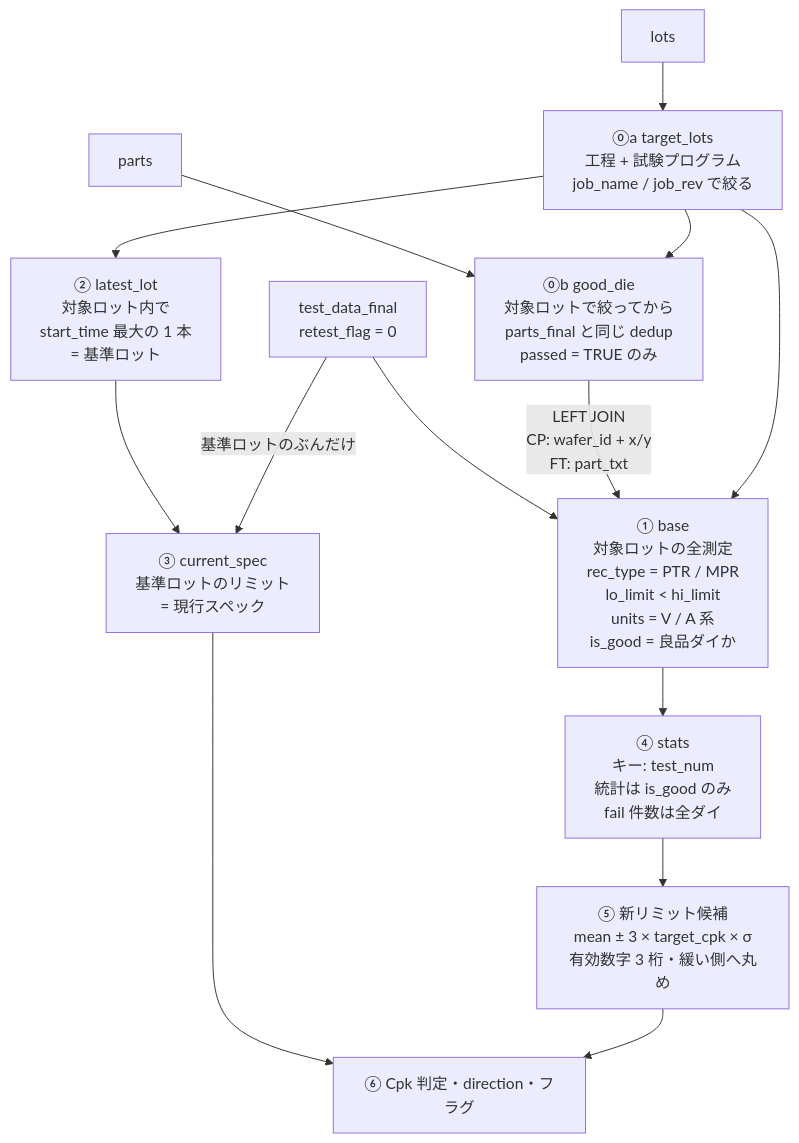
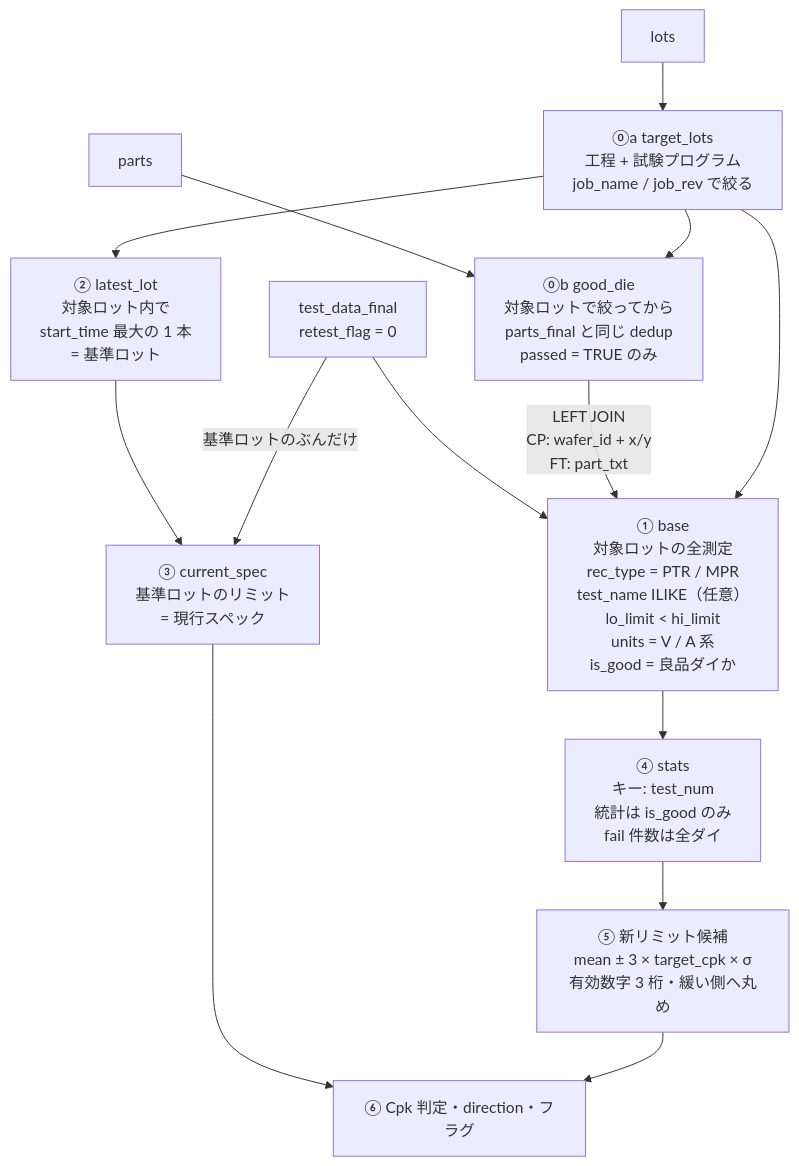
The first of 2 diagrams in docs/sample_queries.md (Kei0bb/STDF), drawn with Mermaid before and after one commit. The commit also changed other lines of this file, not shown here.

First line of the commit message:
feat: sample query 8-2 / 8-3 に test_name のあいまい検索を追加

````diff
--- a/docs/sample_queries.md
+++ b/docs/sample_queries.md
@@ -707,19 +707,19 @@
 ```mermaid
 flowchart TD
     PA["parts"] --> GD["⓪b good_die<br/>対象ロットで絞ってから<br/>parts_final と同じ dedup<br/>passed = TRUE のみ"]
     TD["test_data_final<br/>retest_flag = 0"] --> BASE
     GD -->|"LEFT JOIN<br/>CP: wafer_id + x/y<br/>FT: part_txt"| BASE
-    BASE["① base<br/>対象ロットの全測定<br/>rec_type = PTR / MPR<br/>lo_limit &lt; hi_limit<br/>units = V / A 系<br/>is_good = 良品ダイか"]
+    BASE["① base<br/>対象ロットの全測定<br/>rec_type = PTR / MPR<br/>test_name ILIKE（任意）<br/>lo_limit &lt; hi_limit<br/>units = V / A 系<br/>is_good = 良品ダイか"]
 
     LO["lots"] --> TL["⓪a target_lots<br/>工程 + 試験プログラム<br/>job_name / job_rev で絞る"]
     TL --> GD
     TL --> BASE
     TL --> LL["② latest_lot<br/>対象ロット内で<br/>start_time 最大の 1 本<br/>= 基準ロット"]
     LL --> CS["③ current_spec<br/>基準ロットのリミット<br/>= 現行スペック"]
     TD -->|"基準ロットのぶんだけ"| CS
 
     BASE --> ST["④ stats<br/>キー: test_num<br/>統計は is_good のみ<br/>fail 件数は全ダイ"]
     ST --> CAND["⑤ 新リミット候補<br/>mean ± 3 × target_cpk × σ<br/>有効数字 3 桁・緩い側へ丸め"]
     CS --> JUDGE["⑥ Cpk 判定・direction・フラグ"]
     CAND --> JUDGE
 ```
````
